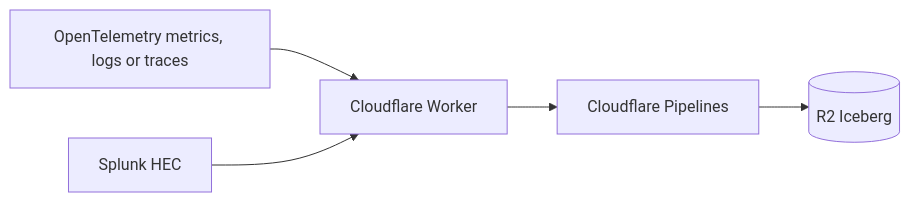
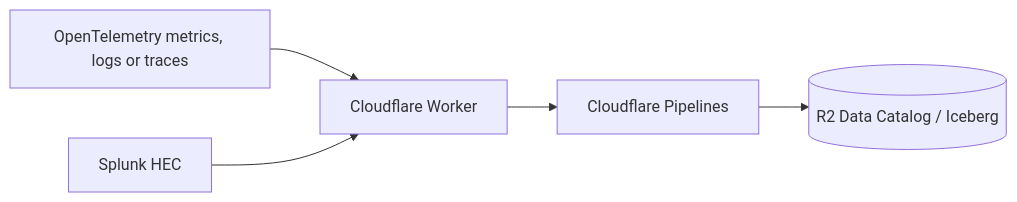
Before and after one commit to smithclay/otlp2pipeline: the diagram in README.md, drawn with Mermaid. The commit also changed other lines of this file and 36 other files, not shown here.

````diff
--- a/README.md
+++ b/README.md
@@ -7,6 +7,6 @@
 ```mermaid
 flowchart LR
     OTLP[OpenTelemetry metrics, logs or traces] --> Worker[Cloudflare Worker]
     HEC[Splunk HEC] --> Worker
-    Worker --> Pipelines[Cloudflare Pipelines] --> R2[(R2 Iceberg)]
+    Worker --> Pipelines[Cloudflare Pipelines] --> R2[(R2 Data Catalog / Iceberg)]
 ```
````
